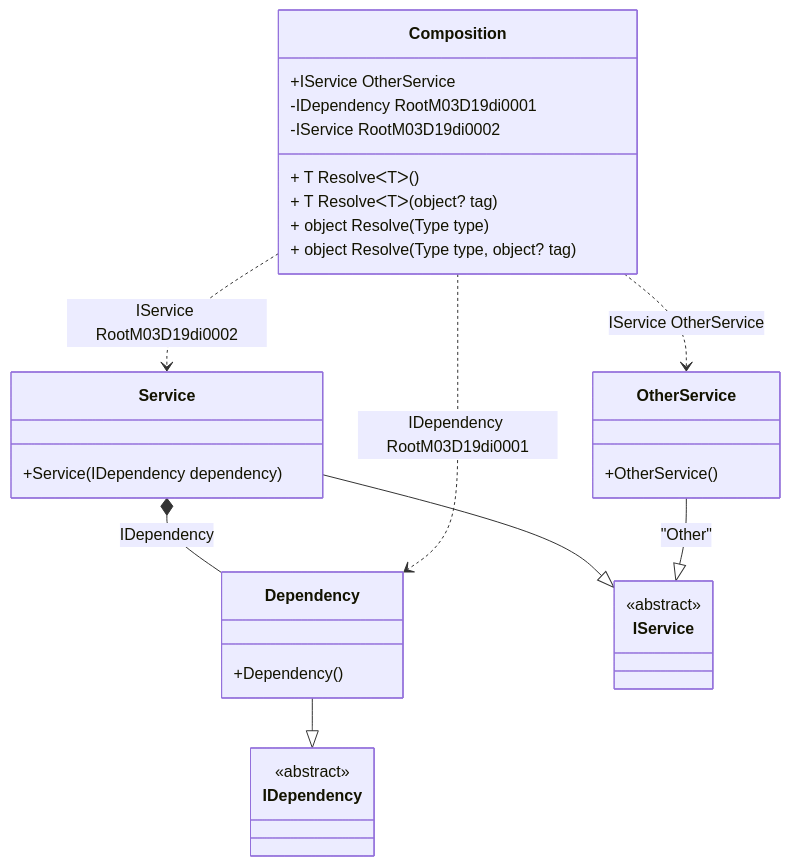
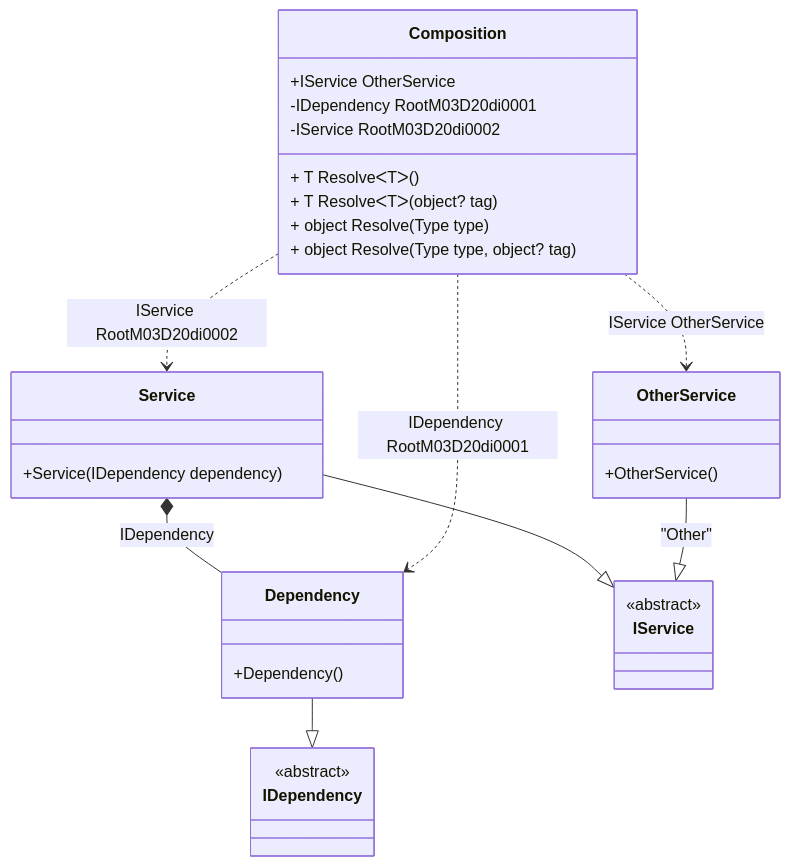
One commit to DevTeam/Pure.DI changed the diagram in readme/resolve-methods.md. Above: the diagram before and after it, drawn with Mermaid. The commit also changed other lines of this file and 75 other files, not shown here.

````diff
--- a/readme/resolve-methods.md
+++ b/readme/resolve-methods.md
@@ -45,34 +45,34 @@
 ```mermaid
 classDiagram
   class Composition {
     +IService OtherService
-    -IDependency RootM03D19di0001
-    -IService RootM03D19di0002
+    -IDependency RootM03D20di0001
+    -IService RootM03D20di0002
     + T ResolveᐸTᐳ()
     + T ResolveᐸTᐳ(object? tag)
     + object Resolve(Type type)
     + object Resolve(Type type, object? tag)
   }
   Dependency --|> IDependency : 
   class Dependency {
     +Dependency()
   }
   Service --|> IService : 
   class Service {
     +Service(IDependency dependency)
   }
   OtherService --|> IService : "Other" 
   class OtherService {
     +OtherService()
   }
   class IDependency {
     <<abstract>>
   }
   class IService {
     <<abstract>>
   }
   Service *--  Dependency : IDependency
-  Composition ..> Dependency : IDependency RootM03D19di0001
-  Composition ..> Service : IService RootM03D19di0002
+  Composition ..> Dependency : IDependency RootM03D20di0001
+  Composition ..> Service : IService RootM03D20di0002
   Composition ..> OtherService : IService OtherService
 ```
````
